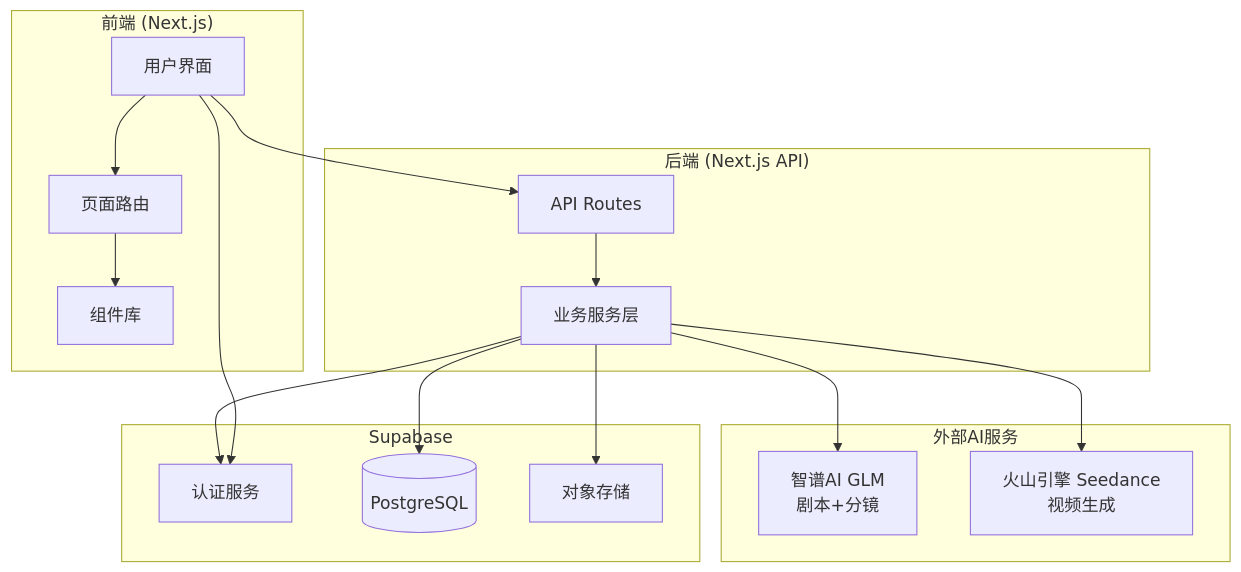
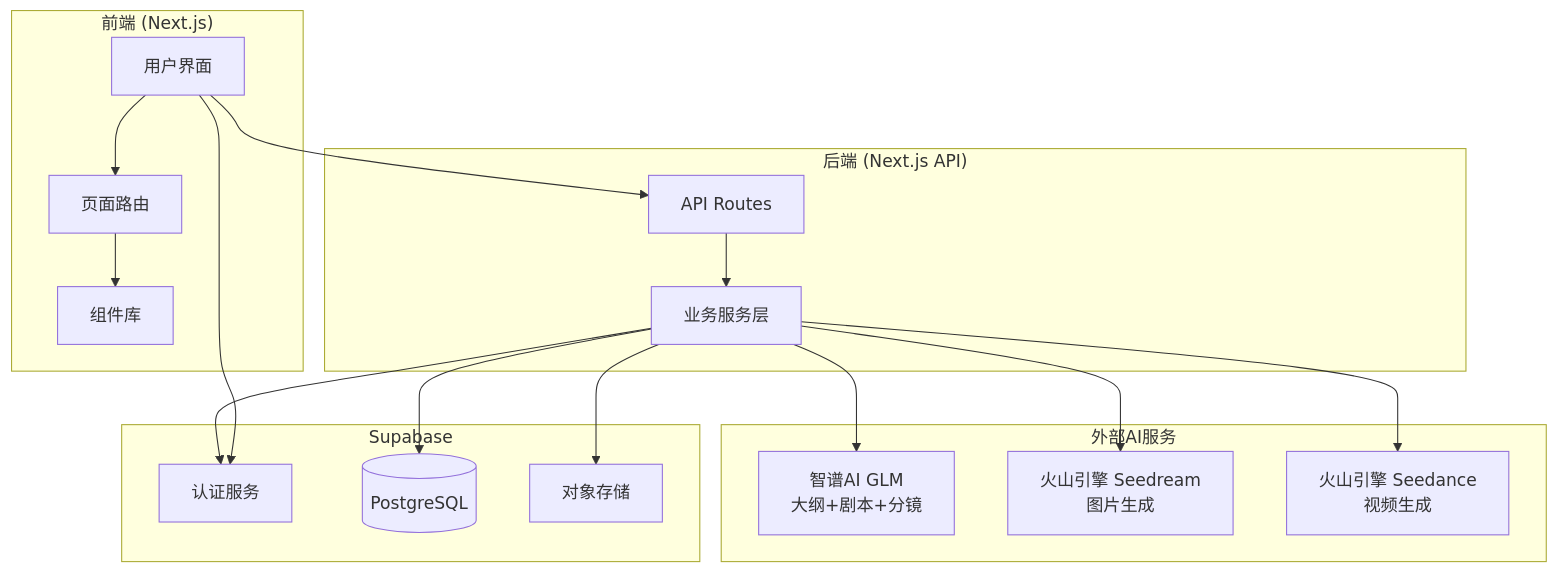
The first of 5 diagrams in architecture.md (syghhhhh/AutoDrama), drawn with Mermaid before and after one commit. The commit also changed other lines of this file and 3 other files, not shown here.

````diff
--- a/architecture.md
+++ b/architecture.md
@@ -28,35 +56,37 @@
 ```mermaid
 graph TB
     subgraph Frontend["前端 (Next.js)"]
         UI[用户界面]
         Pages[页面路由]
         Components[组件库]
     end
 
     subgraph Backend["后端 (Next.js API)"]
         API[API Routes]
         Services[业务服务层]
     end
 
     subgraph Supabase["Supabase"]
         Auth[认证服务]
         DB[(PostgreSQL)]
         Storage[对象存储]
     end
 
     subgraph External["外部AI服务"]
-        Zhipu[智谱AI GLM<br/>剧本+分镜]
+        Zhipu[智谱AI GLM<br/>大纲+剧本+分镜]
+        VolcImage[火山引擎 Seedream<br/>图片生成]
         VolcVideo[火山引擎 Seedance<br/>视频生成]
     end
 
     UI --> Pages
     Pages --> Components
     UI --> API
     UI --> Auth
     API --> Services
     Services --> Auth
     Services --> DB
     Services --> Storage
     Services --> Zhipu
+    Services --> VolcImage
     Services --> VolcVideo
 ```
````
